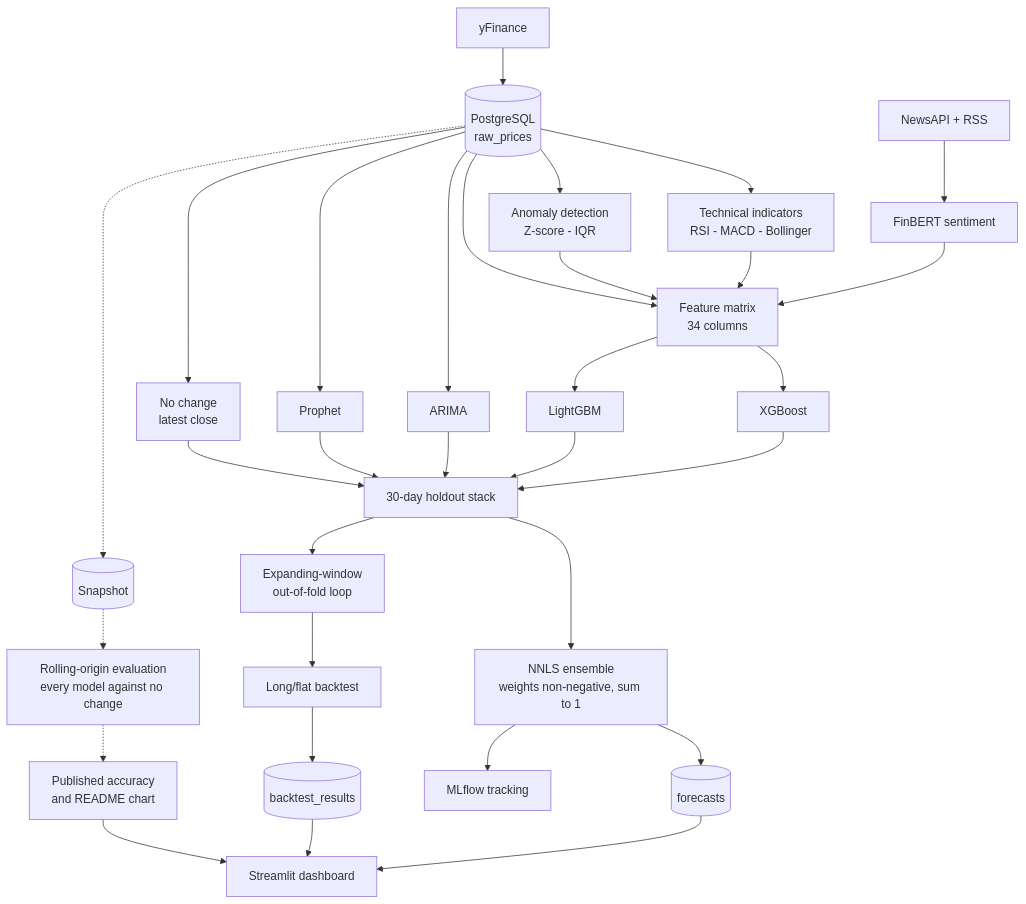
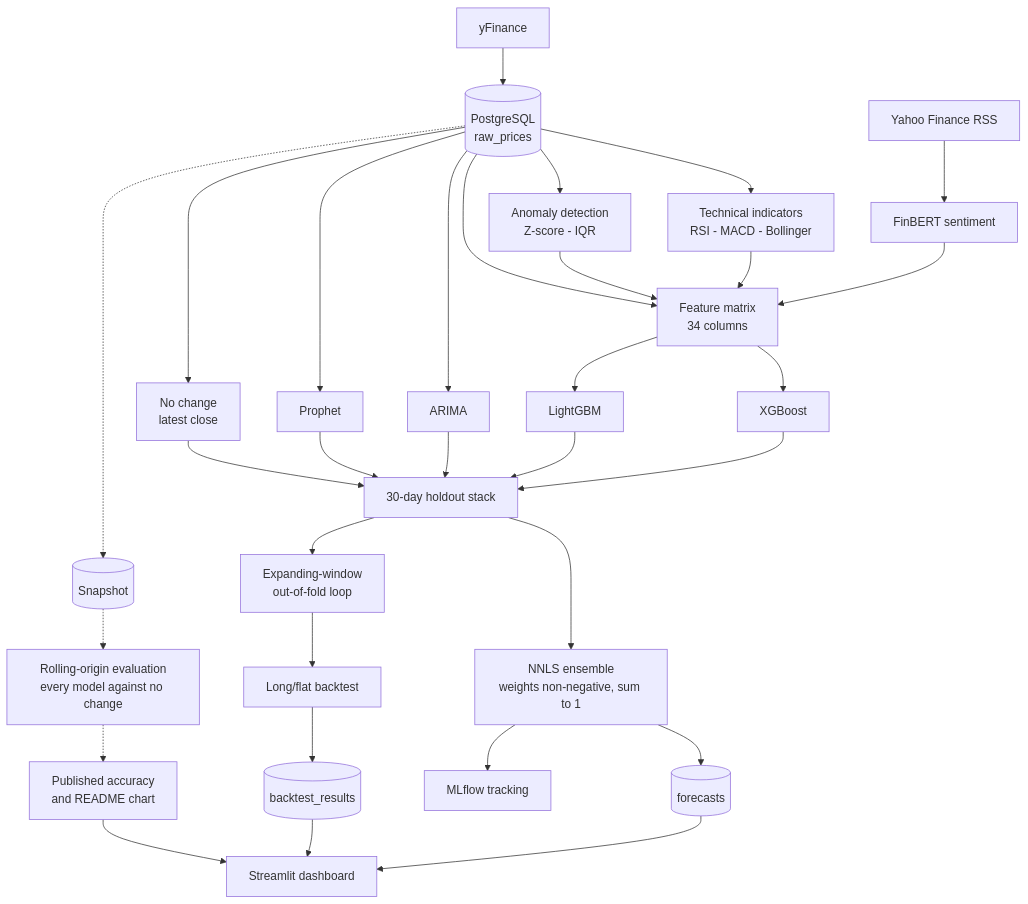
One commit to logn1602/QuantFlow changed the diagram in README.md. Above: the diagram before and after it, drawn with Mermaid. The commit also changed other lines of this file and 12 other files, not shown here.

First line of the commit message:
fix(news): count RSS articles only, history included; no NewsAPI in the daily run

````diff
--- a/README.md
+++ b/README.md
@@ -35,41 +35,41 @@
 ```mermaid
 flowchart TD
     YF[yFinance] --> DB[(PostgreSQL<br/>raw_prices)]
-    NEWS[NewsAPI + RSS] --> FB[FinBERT sentiment]
+    NEWS[Yahoo Finance RSS] --> FB[FinBERT sentiment]
 
     DB --> IND[Technical indicators<br/>RSI - MACD - Bollinger]
     DB --> ANOM[Anomaly detection<br/>Z-score - IQR]
 
     IND --> FEAT[Feature matrix<br/>34 columns]
     ANOM --> FEAT
     FB --> FEAT
     DB --> FEAT
 
     DB --> ARIMA[ARIMA]
     DB --> PROPH[Prophet]
     DB --> NAIVE[No change<br/>latest close]
     FEAT --> XGB[XGBoost]
     FEAT --> LGB[LightGBM]
 
     ARIMA --> STACK[30-day holdout stack]
     PROPH --> STACK
     XGB --> STACK
     LGB --> STACK
     NAIVE --> STACK
 
     STACK --> ENS[NNLS ensemble<br/>weights non-negative, sum to 1]
     STACK --> OOF[Expanding-window<br/>out-of-fold loop]
     OOF --> BT[Long/flat backtest]
 
     ENS --> FC[(forecasts)]
     BT --> RES[(backtest_results)]
 
     DB -.-> SNAP[(Snapshot)]
     SNAP -.-> EVAL[Rolling-origin evaluation<br/>every model against no change]
     EVAL -.-> PUB[Published accuracy<br/>and README chart]
 
     FC --> UI[Streamlit dashboard]
     RES --> UI
     PUB --> UI
     ENS --> ML[MLflow tracking]
 ```
````
